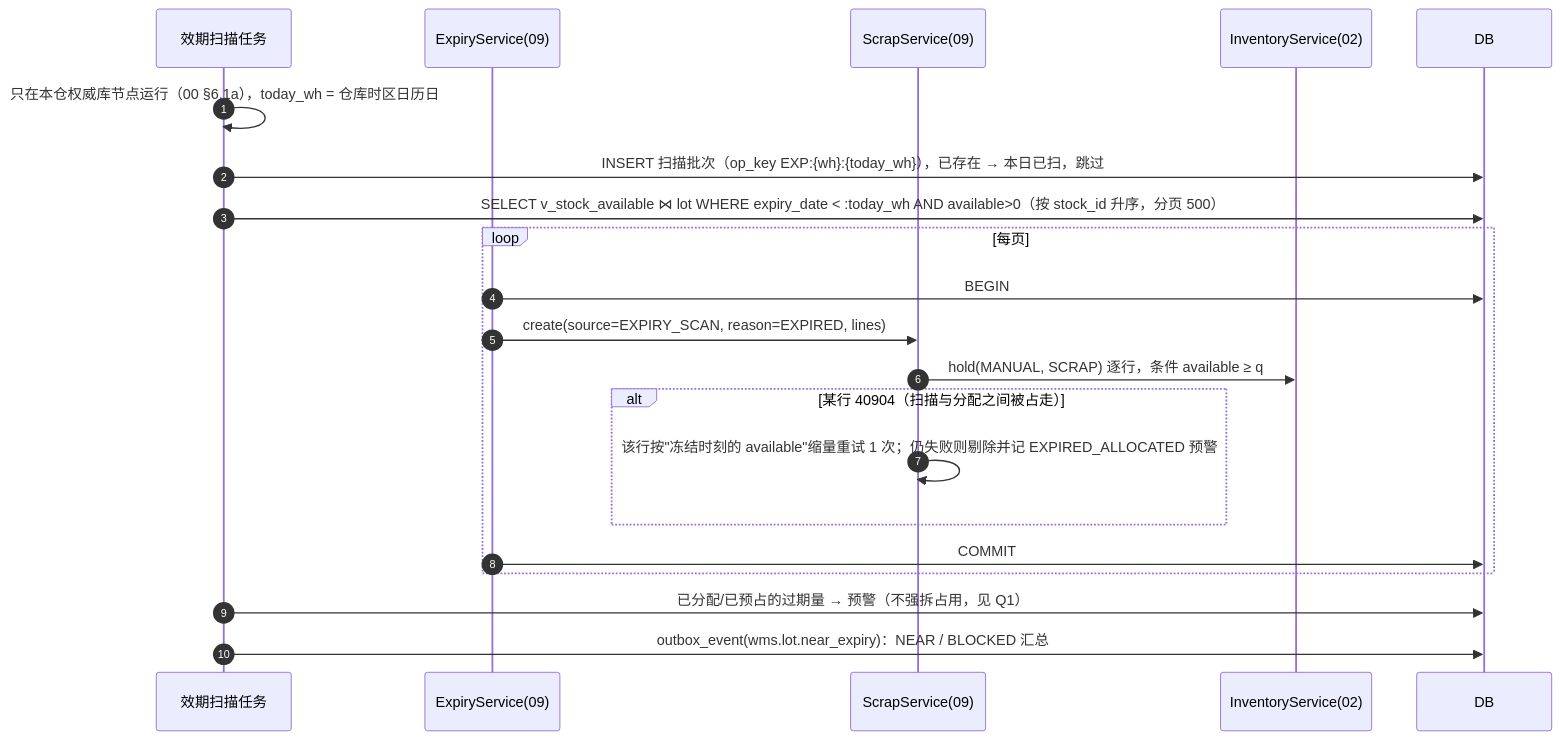
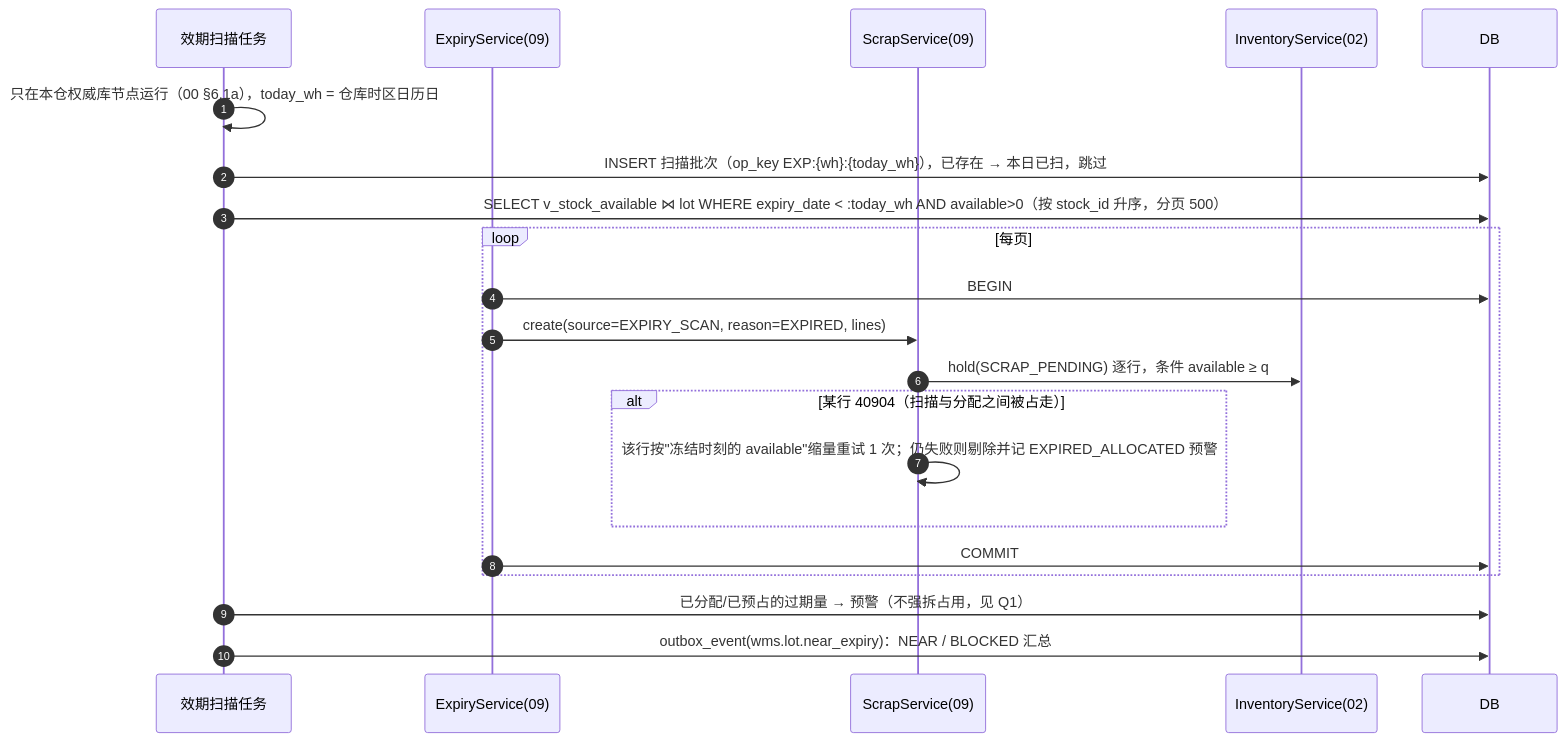
Before and after one commit to Akarin7784/fresh-wms: the second of 4 diagrams in docs/09-效期与损耗.md, drawn with Mermaid. The commit also changed other lines of this file and 4 other files, not shown here.

Commit message:
docs(09): 报损冻结改为系统冻结 SCRAP_PENDING，写清两条释放路径（报损完成/撤销）；合并 5e44905

````diff
--- a/docs/09-效期与损耗.md
+++ b/docs/09-效期与损耗.md
@@ -194,23 +207,23 @@
 ```mermaid
 sequenceDiagram
   autonumber
   participant JOB as 效期扫描任务
   participant EXP as ExpiryService(09)
   participant SCR as ScrapService(09)
   participant INV as InventoryService(02)
   participant DB
   JOB->>JOB: 只在本仓权威库节点运行（00 §6.1a），today_wh = 仓库时区日历日
   JOB->>DB: INSERT 扫描批次（op_key EXP:{wh}:{today_wh}），已存在 → 本日已扫，跳过
   JOB->>DB: SELECT v_stock_available ⋈ lot WHERE expiry_date < :today_wh AND available>0（按 stock_id 升序，分页 500）
   loop 每页
     EXP->>DB: BEGIN
     EXP->>SCR: create(source=EXPIRY_SCAN, reason=EXPIRED, lines)
-    SCR->>INV: hold(MANUAL, SCRAP) 逐行，条件 available ≥ q
+    SCR->>INV: hold(SCRAP_PENDING) 逐行，条件 available ≥ q
     alt 某行 40904（扫描与分配之间被占走）
       SCR->>SCR: 该行按"冻结时刻的 available"缩量重试 1 次；仍失败则剔除并记 EXPIRED_ALLOCATED 预警
     end
     EXP->>DB: COMMIT
   end
   JOB->>DB: 已分配/已预占的过期量 → 预警（不强拆占用，见 Q1）
   JOB->>DB: outbox_event(wms.lot.near_expiry)：NEAR / BLOCKED 汇总
 ```
````
